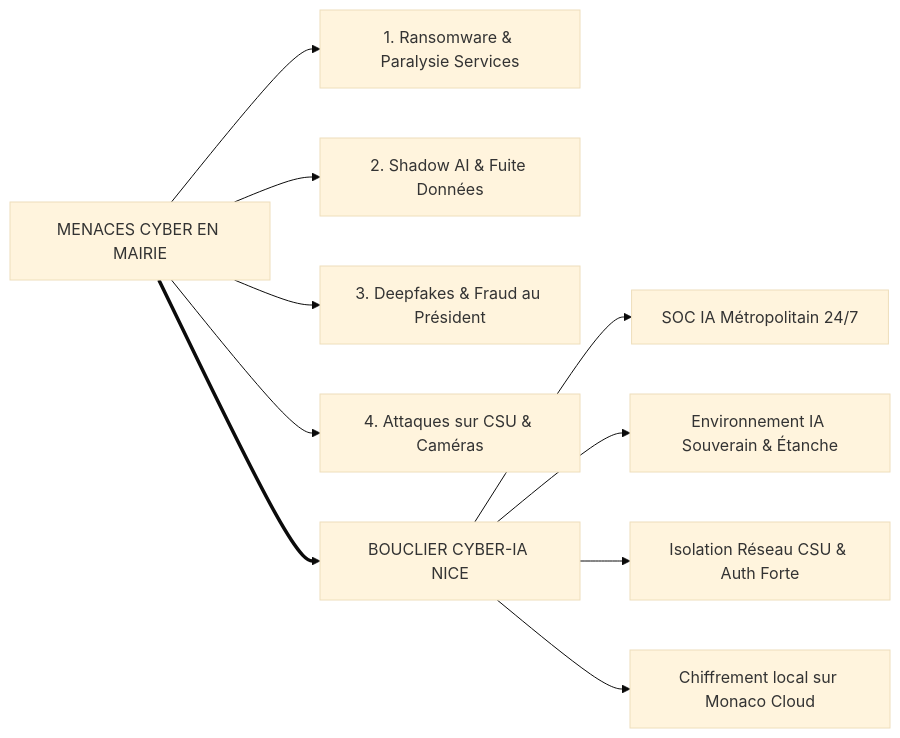
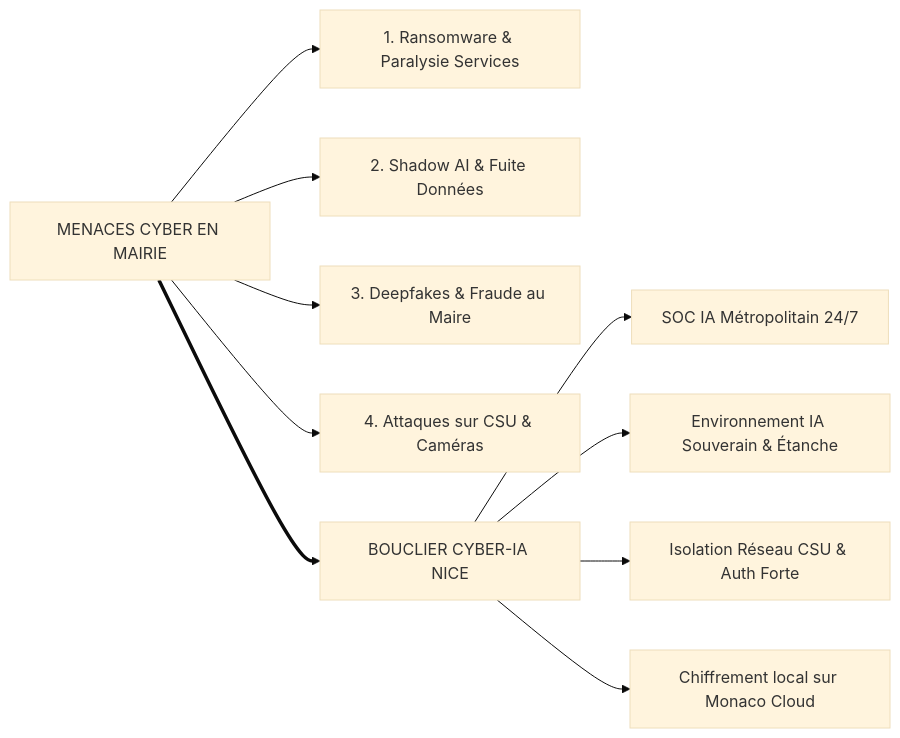
One commit to benoit-sigwald/Nice changed the second of 2 diagrams in Note_de_Position_Nice_IA_Ciotti.md. Above: the diagram before and after it, drawn with Mermaid (base theme). The commit also changed other lines of this file and 1 other file, not shown here.

Commit message:
Fix markdown rendering bugs: Mermaid diagrams syntax, GFM table formatting, and data harmonization

````diff
--- a/Note_de_Position_Nice_IA_Ciotti.md
+++ b/Note_de_Position_Nice_IA_Ciotti.md
@@ -74,14 +75,14 @@
 ```mermaid
 flowchart LR
-    Threat[MENACES CYBER EN MAIRIE] --> T1[1. Ransomware & Paralysie Services]
-    Threat --> T2[2. Shadow AI & Fuite Données]
-    Threat --> T3[3. Deepfakes & Fraud au Président]
-    Threat --> T4[4. Attaques sur CSU & Caméras]
+    Threat["MENACES CYBER EN MAIRIE"] --> T1["1. Ransomware & Paralysie Services"]
+    Threat --> T2["2. Shadow AI & Fuite Données"]
+    Threat --> T3["3. Deepfakes & Fraude au Maire"]
+    Threat --> T4["4. Attaques sur CSU & Caméras"]
 
-    Shield[BOUCLIER CYBER-IA NICE] --> S1[SOC IA Métropolitain 24/7]
-    Shield --> S2[Environnement IA Souverain & Étanche]
-    Shield --> S3[Isolation Réseau CSU & Auth Forte]
-    Shield --> S4[Chiffrement local sur Monaco Cloud]
+    Shield["BOUCLIER CYBER-IA NICE"] --> S1["SOC IA Métropolitain 24/7"]
+    Shield --> S2["Environnement IA Souverain & Étanche"]
+    Shield --> S3["Isolation Réseau CSU & Auth Forte"]
+    Shield --> S4["Chiffrement local sur Monaco Cloud"]
 
     Threat ==> Shield
 ```
````
